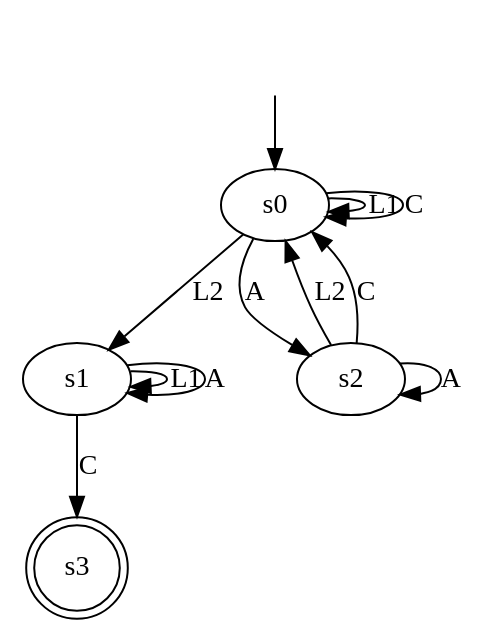
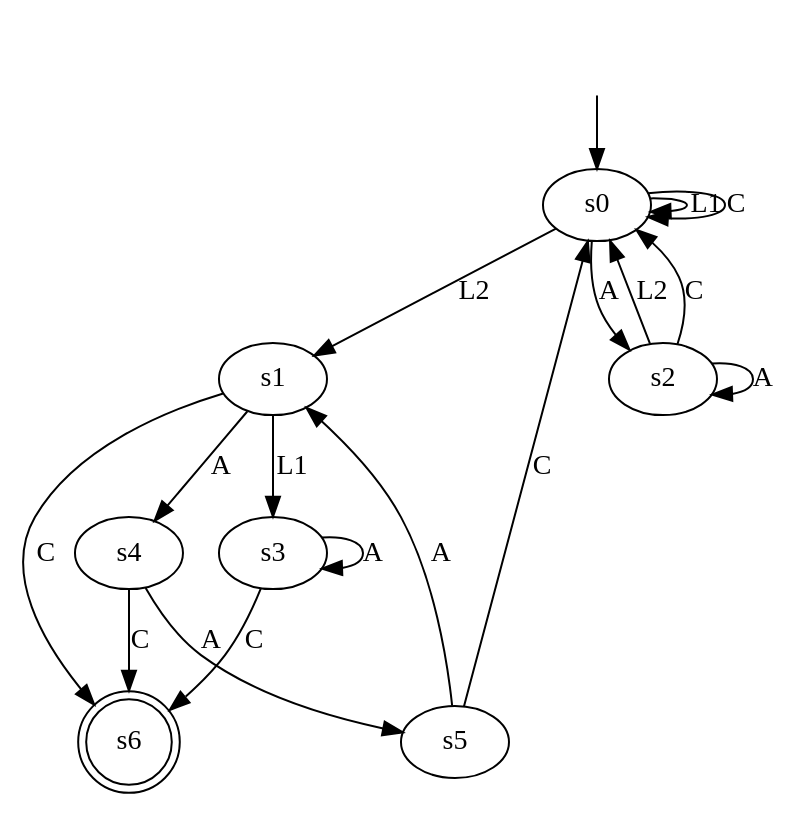
The diagram in output/magento_result_b_0.7.dot (tomyaacov/lstar_dont_care), drawn with Graphviz before and after one commit. The commit also changed 22 other files, not shown here.

```diff
--- a/output/magento_result_b_0.7.dot
+++ b/output/magento_result_b_0.7.dot
@@ -1,18 +1,27 @@
 digraph "output/magento_result_b_0.7" {
 s0 [label=s0];
 s1 [label=s1];
 s2 [label=s2];
-s3 [label=s3, shape=doublecircle];
+s3 [label=s3];
+s4 [label=s4];
+s5 [label=s5];
+s6 [label=s6, shape=doublecircle];
 s0 -> s0  [label=L1];
 s0 -> s1  [label=L2];
 s0 -> s2  [label=A];
 s0 -> s0  [label=C];
-s1 -> s1  [label=L1];
-s1 -> s1  [label=A];
-s1 -> s3  [label=C];
+s1 -> s3  [label=L1];
+s1 -> s4  [label=A];
+s1 -> s6  [label=C];
 s2 -> s0  [label=L2];
 s2 -> s2  [label=A];
 s2 -> s0  [label=C];
+s3 -> s3  [label=A];
+s3 -> s6  [label=C];
+s4 -> s5  [label=A];
+s4 -> s6  [label=C];
+s5 -> s1  [label=A];
+s5 -> s0  [label=C];
 __start0 [label="", shape=none];
 __start0 -> s0  [label=""];
 }
```
